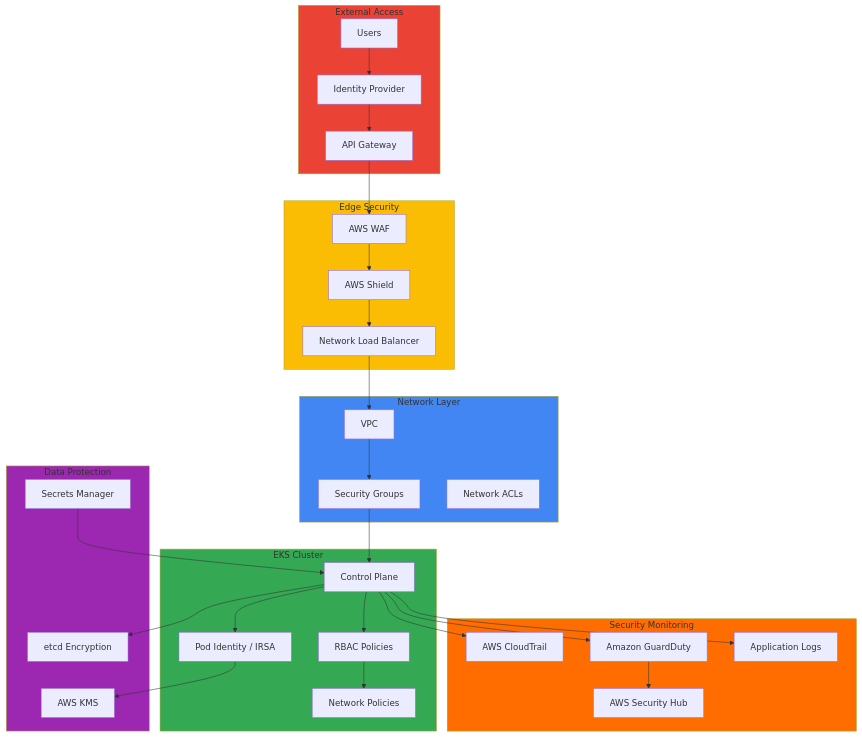
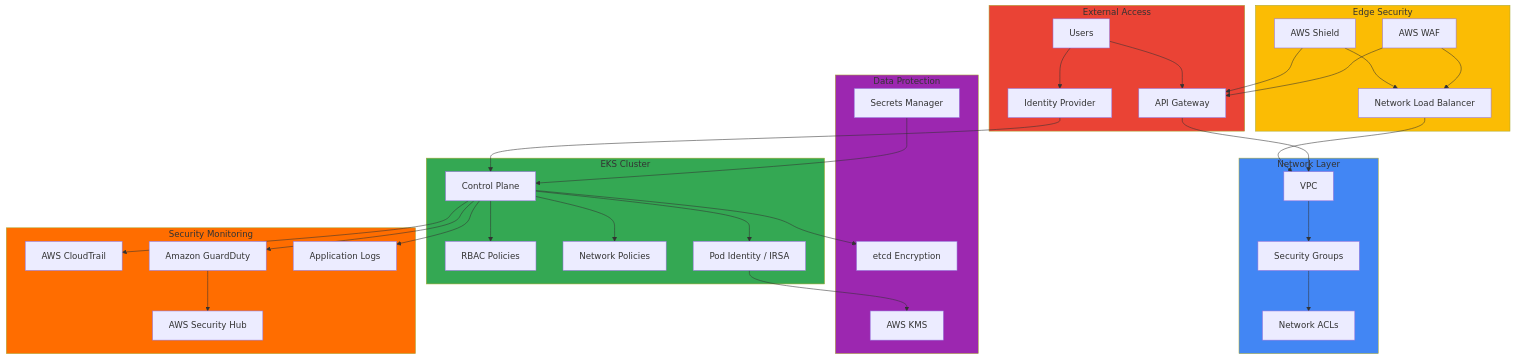
One commit to devfloor9/engineering-playbook changed the diagram in docs/eks-best-practices/security-authn/index.md. Above: the diagram before and after it, drawn with Mermaid. The commit also changed other lines of this file and 9 other files, not shown here.

````diff
--- a/docs/eks-best-practices/security-authn/index.md
+++ b/docs/eks-best-practices/security-authn/index.md
@@ -78,66 +78,69 @@
 ```mermaid
 graph TB
     subgraph External["External Access"]
         Users["Users"]
         IdP["Identity Provider"]
         API["API Gateway"]
     end
 
     subgraph EdgeSecurity["Edge Security"]
         WAF["AWS WAF"]
         Shield["AWS Shield"]
         NLB["Network Load Balancer"]
     end
 
     subgraph Network["Network Layer"]
         VPC["VPC"]
         SG["Security Groups"]
         NACL["Network ACLs"]
     end
 
     subgraph EKS["EKS Cluster"]
         CP["Control Plane"]
         RBAC["RBAC Policies"]
         NetworkPolicy["Network Policies"]
         IRSA["Pod Identity / IRSA"]
     end
 
     subgraph DataProtection["Data Protection"]
         KMS["AWS KMS"]
         Secrets["Secrets Manager"]
         Encryption["etcd Encryption"]
     end
 
     subgraph Monitoring["Security Monitoring"]
         CloudTrail["AWS CloudTrail"]
         GuardDuty["Amazon GuardDuty"]
         SecurityHub["AWS Security Hub"]
         Logs["Application Logs"]
     end
 
     Users --> IdP
-    IdP --> API
-    API --> WAF
-    WAF --> Shield
+    IdP --> CP
+    Users --> API
+    WAF --> API
+    WAF --> NLB
+    Shield --> API
     Shield --> NLB
+    API --> VPC
     NLB --> VPC
     VPC --> SG
-    SG --> CP
+    SG --> NACL
     CP --> RBAC
-    RBAC --> NetworkPolicy
+    CP --> NetworkPolicy
     CP --> IRSA
     IRSA --> KMS
     Secrets --> CP
     CP --> Encryption
     CP --> CloudTrail
     CP --> GuardDuty
     GuardDuty --> SecurityHub
     CP --> Logs
 
     style External fill:#ea4335
     style EdgeSecurity fill:#fbbc04
     style Network fill:#4286f4
     style EKS fill:#34a853
     style DataProtection fill:#9c27b0
     style Monitoring fill:#ff6d00
 ```
````
